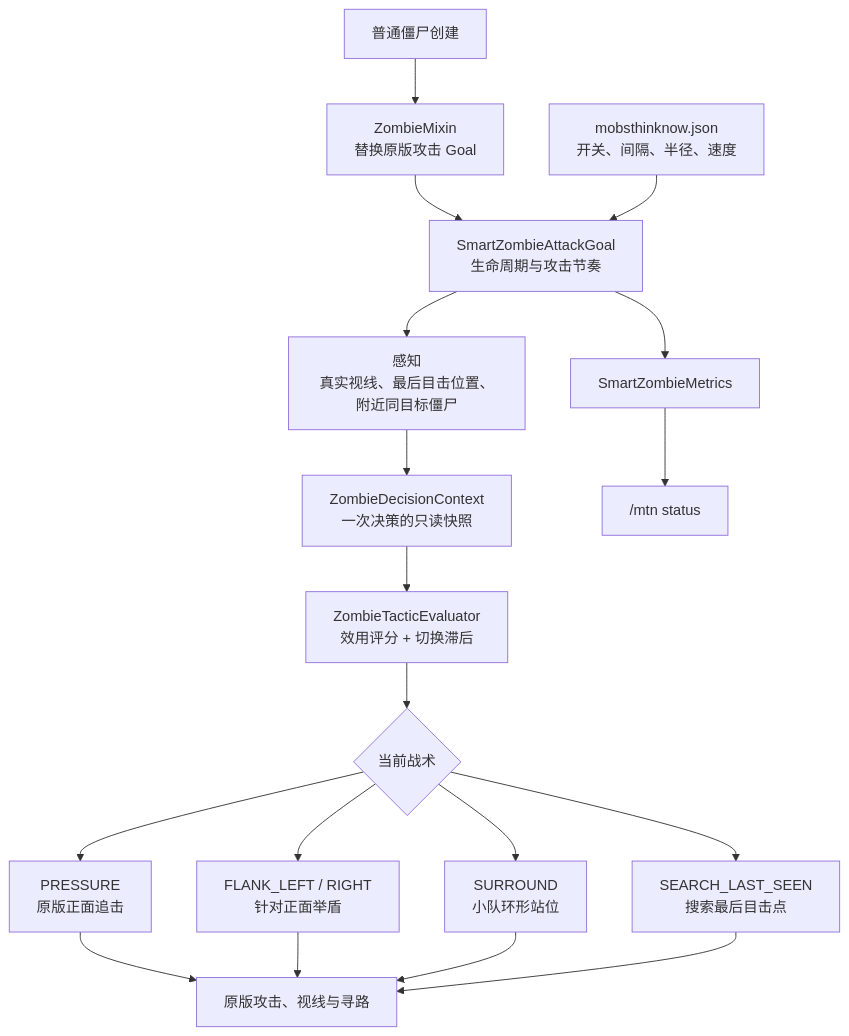
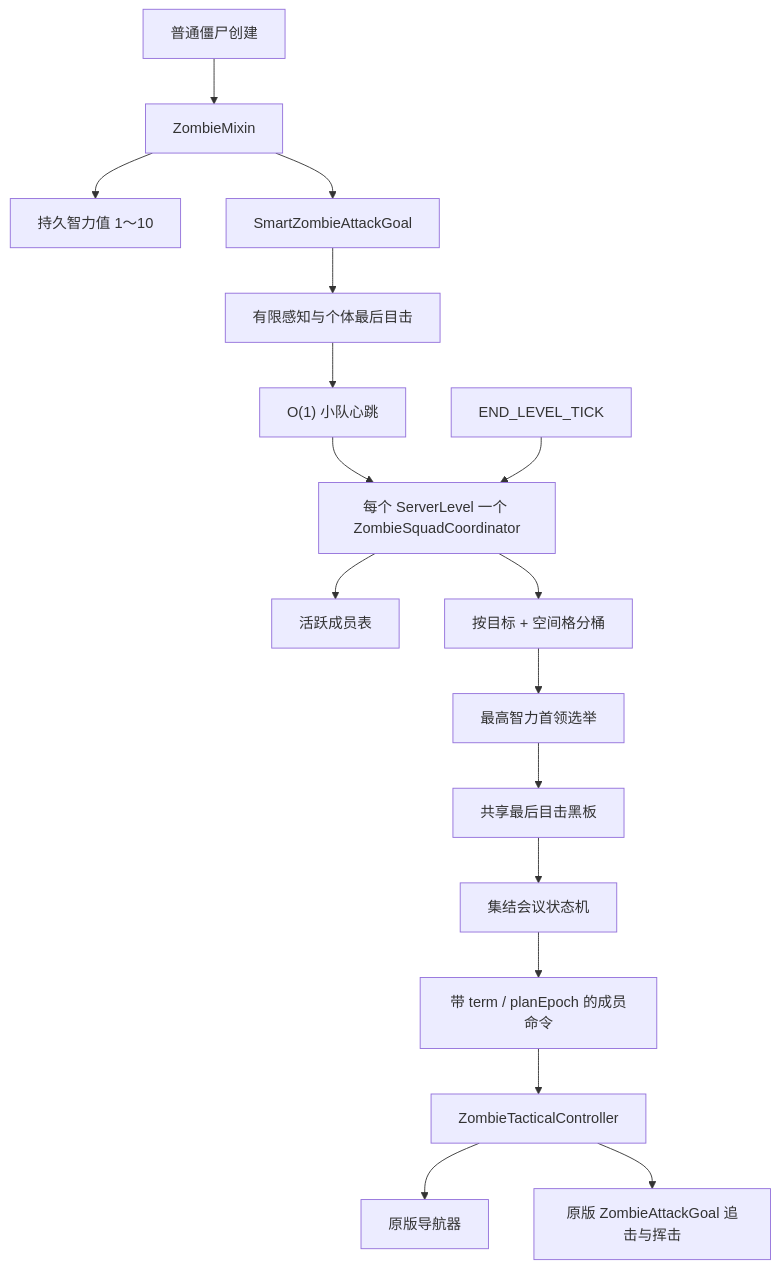
One commit to WJZ-P/MobsThinkNow changed the first of 2 diagrams in ARCHITECTURE_PROPOSAL.md. Above: the diagram before and after it, drawn with Mermaid. The commit also changed other lines of this file and 23 other files, not shown here.

Commit message:
feat: add intelligent zombie squad leadership

````diff
--- a/ARCHITECTURE_PROPOSAL.md
+++ b/ARCHITECTURE_PROPOSAL.md
@@ -20,24 +17,22 @@
 ```mermaid
 flowchart TD
-    Spawn["普通僵尸创建"] --> Mixin["ZombieMixin<br/>替换原版攻击 Goal"]
-    Mixin --> Goal["SmartZombieAttackGoal<br/>生命周期与攻击节奏"]
+    Spawn["普通僵尸创建"] --> Mixin["ZombieMixin"]
+    Mixin --> Intelligence["持久智力值 1～10"]
+    Mixin --> Goal["SmartZombieAttackGoal"]
 
-    Config["mobsthinknow.json<br/>开关、间隔、半径、速度"] --> Goal
-    Goal --> Observe["感知<br/>真实视线、最后目击位置、附近同目标僵尸"]
-    Observe --> Context["ZombieDecisionContext<br/>一次决策的只读快照"]
-    Context --> Evaluator["ZombieTacticEvaluator<br/>效用评分 + 切换滞后"]
-    Evaluator --> Tactic{"当前战术"}
+    Goal --> Observe["有限感知与个体最后目击"]
+    Observe --> Heartbeat["O(1) 小队心跳"]
+    Heartbeat --> Coordinator["每个 ServerLevel 一个 ZombieSquadCoordinator"]
 
-    Tactic --> Pressure["PRESSURE<br/>原版正面追击"]
-    Tactic --> Flank["FLANK_LEFT / RIGHT<br/>针对正面举盾"]
-    Tactic --> Surround["SURROUND<br/>小队环形站位"]
-    Tactic --> Search["SEARCH_LAST_SEEN<br/>搜索最后目击点"]
+    Tick["END_LEVEL_TICK"] --> Coordinator
+    Coordinator --> Registry["活跃成员表"]
+    Coordinator --> Spatial["按目标 + 空间格分桶"]
+    Spatial --> Election["最高智力首领选举"]
+    Election --> Blackboard["共享最后目击黑板"]
+    Blackboard --> StateMachine["集结会议状态机"]
+    StateMachine --> Orders["带 term / planEpoch 的成员命令"]
 
-    Pressure --> Vanilla["原版攻击、视线与寻路"]
-    Flank --> Vanilla
-    Surround --> Vanilla
-    Search --> Vanilla
-
-    Goal --> Metrics["SmartZombieMetrics"]
-    Metrics --> Command["/mtn status"]
+    Orders --> Controller["ZombieTacticalController"]
+    Controller --> Navigation["原版导航器"]
+    Controller --> Melee["原版 ZombieAttackGoal 追击与挥击"]
 ```
````
